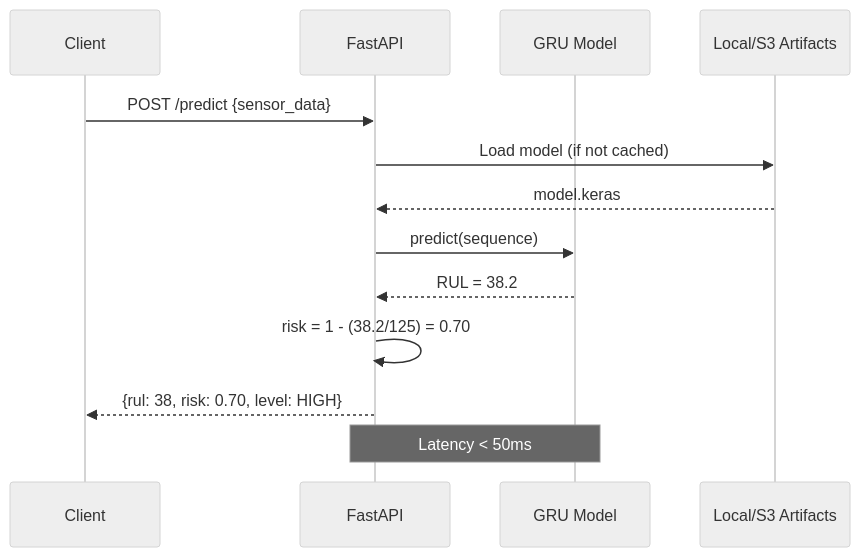
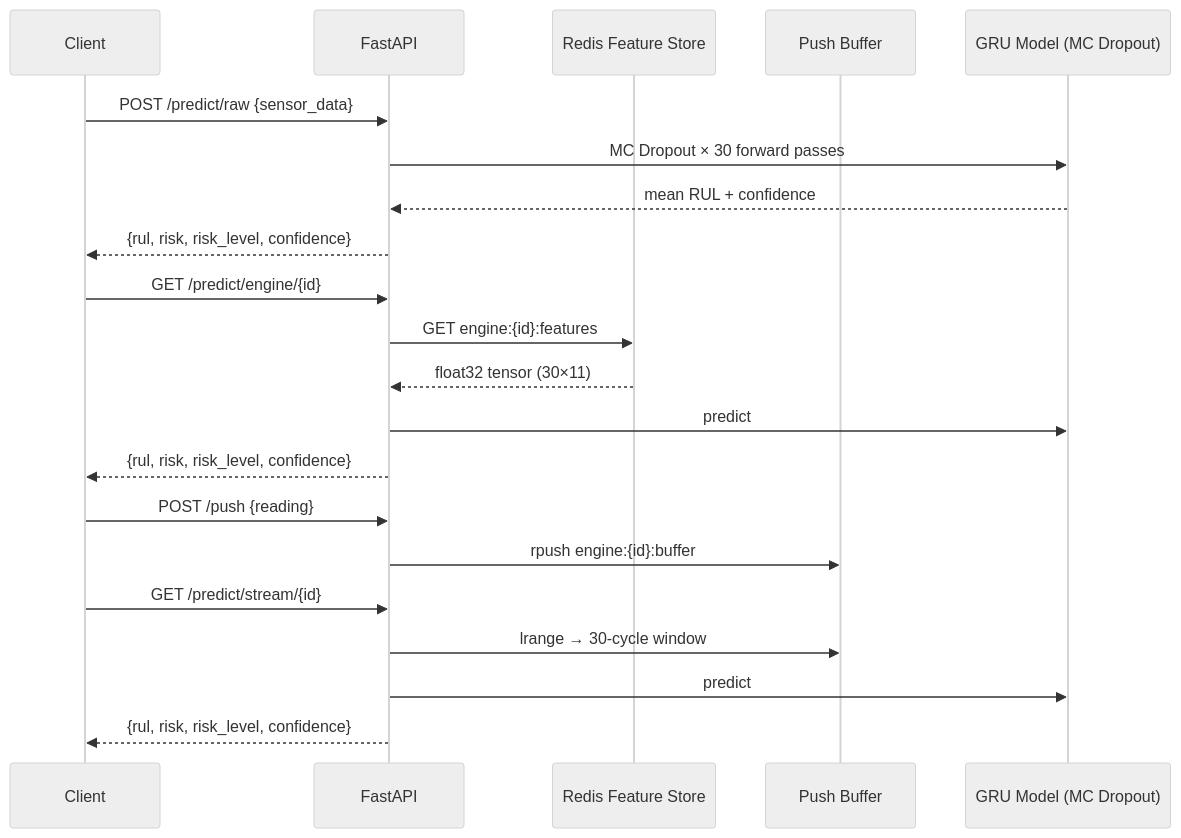
One commit to nasim-raj-laskar/Real-Time-Aircraft-Engine-Predictive-Maintenance-System changed the diagram in docs/05_inference_service.md. Above: the diagram before and after it, drawn with Mermaid (neutral theme). The commit also changed other lines of this file and 5 other files, not shown here.

````diff
--- a/docs/05_inference_service.md
+++ b/docs/05_inference_service.md
@@ -7,17 +7,26 @@
 ```mermaid
 sequenceDiagram
     participant Client
     participant API as FastAPI
-    participant Model as GRU Model
-    participant Artifacts as Local/S3 Artifacts
-    
-    Client->>API: POST /predict {sensor_data}
-    API->>Artifacts: Load model (if not cached)
-    Artifacts-->>API: model.keras
-    API->>Model: predict(sequence)
-    Model-->>API: RUL = 38.2
-    API->>API: risk = 1 - (38.2/125) = 0.70
-    API-->>Client: {rul: 38, risk: 0.70, level: HIGH}
-    
-    Note over API,Model: Latency < 50ms
+    participant Redis as Redis Feature Store
+    participant Buffer as Push Buffer
+    participant Model as GRU Model (MC Dropout)
+
+    Client->>API: POST /predict/raw {sensor_data}
+    API->>Model: MC Dropout × 30 forward passes
+    Model-->>API: mean RUL + confidence
+    API-->>Client: {rul, risk, risk_level, confidence}
+
+    Client->>API: GET /predict/engine/{id}
+    API->>Redis: GET engine:{id}:features
+    Redis-->>API: float32 tensor (30×11)
+    API->>Model: predict
+    API-->>Client: {rul, risk, risk_level, confidence}
+
+    Client->>API: POST /push {reading}
+    API->>Buffer: rpush engine:{id}:buffer
+    Client->>API: GET /predict/stream/{id}
+    API->>Buffer: lrange → 30-cycle window
+    API->>Model: predict
+    API-->>Client: {rul, risk, risk_level, confidence}
 ```
````
